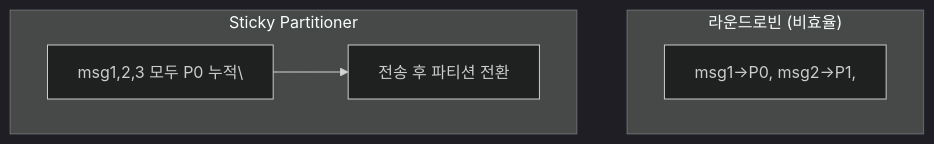
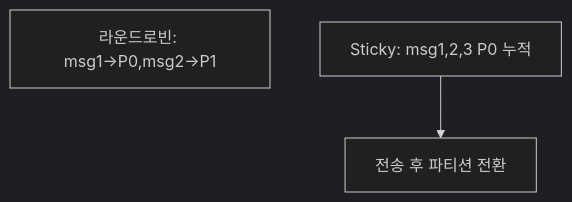
The fourth of 21 diagrams in _posts/kafka/2026-05-01-kafka-internals.md (yjkim2015/yjkim2015.github.io), drawn with Mermaid (dark theme) before and after one commit. The commit also changed other lines of this file and 155 other files, not shown here.

First line of the commit message:
Mermaid 전면 수정: subgraph 제거, participant/노드/줄수 축소 (342블록)

````diff
--- a/_posts/kafka/2026-05-01-kafka-internals.md
+++ b/_posts/kafka/2026-05-01-kafka-internals.md
@@ -111,9 +105,5 @@
 ```mermaid
 graph TD
-    subgraph rr["라운드로빈 (비효율)"]
-        RR["msg1→P0, msg2→P1,"]
-    end
-    subgraph sticky["Sticky Partitioner"]
-        ST1["msg1,2,3 모두 P0 누적\"] --> ST2["전송 후 파티션 전환"]
-    end
+    RR["라운드로빈: msg1→P0,msg2→P1"]
+    ST1["Sticky: msg1,2,3 P0 누적"] --> ST2["전송 후 파티션 전환"]
 ```
````
